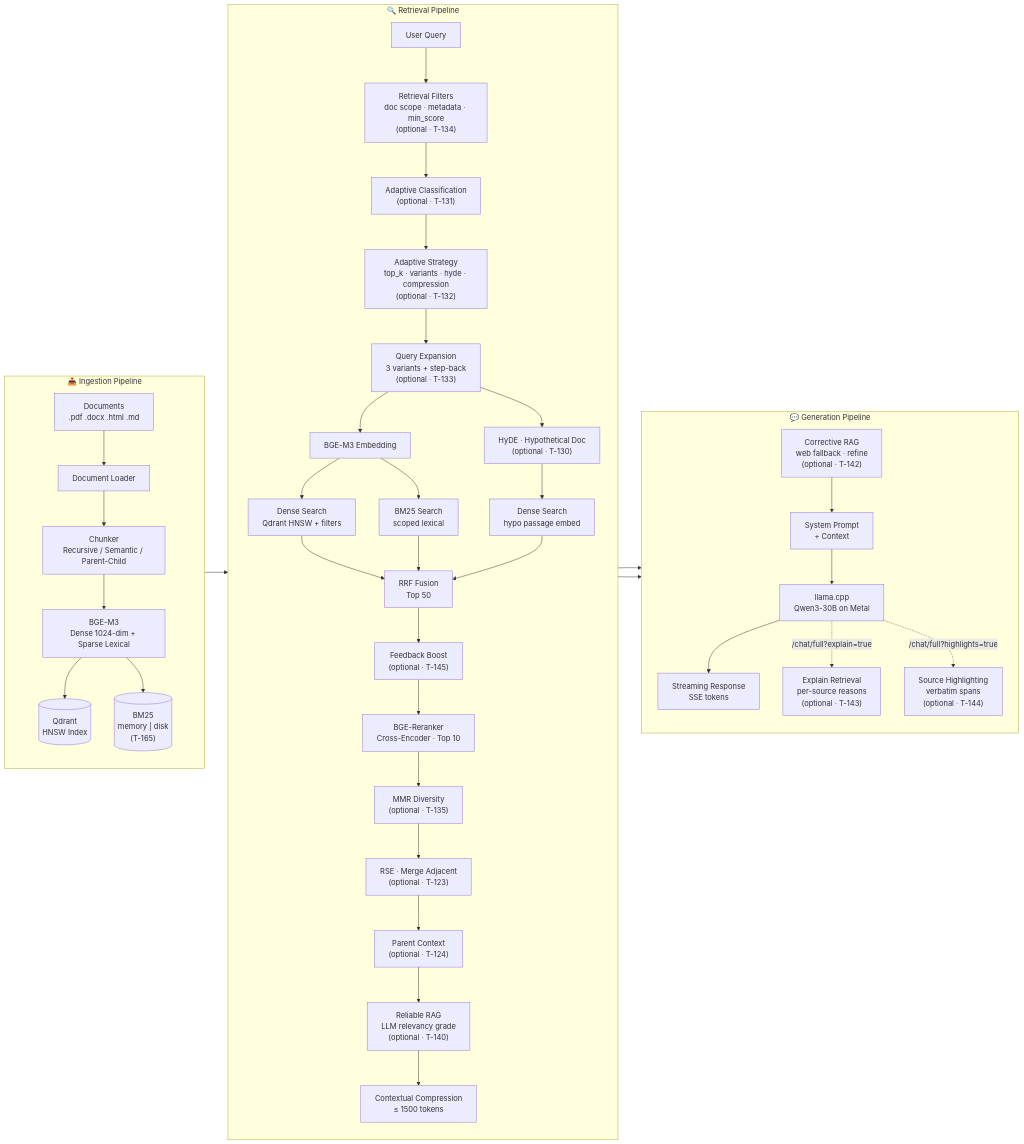
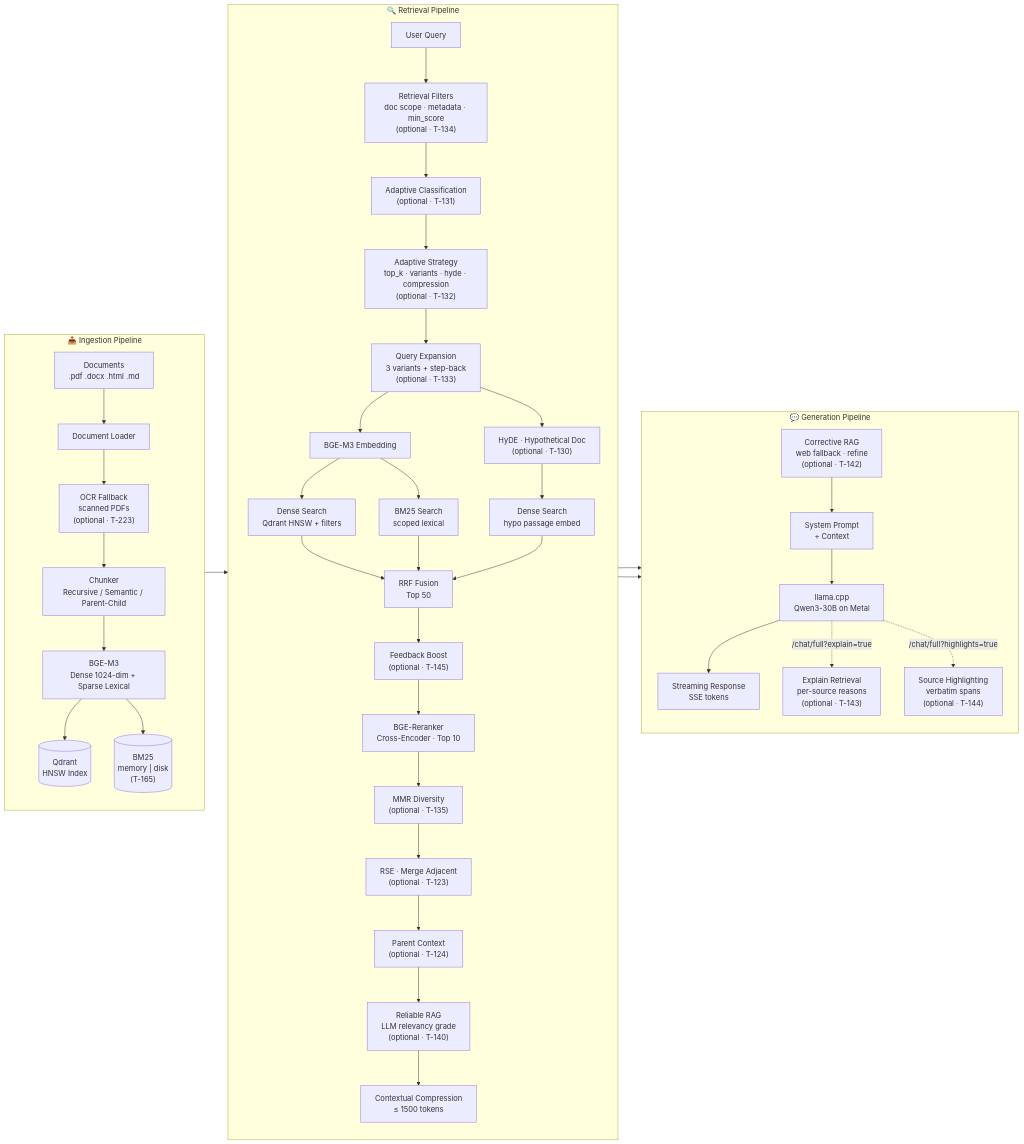
One commit to ealbertoav/rag_platform changed the first of 23 diagrams in README.md. Above: the diagram before and after it, drawn with Mermaid. The commit also changed other lines of this file and 1 other file, not shown here.

First line of the commit message:
Add OCR fallback for scanned PDFs with dual-hash deduplication (T-223):

````diff
--- a/README.md
+++ b/README.md
@@ -112,47 +115,48 @@
 ```mermaid
 flowchart LR
     subgraph INGEST["📥 Ingestion Pipeline"]
         direction TB
         D["Documents<br/>.pdf .docx .html .md"] --> L[Document Loader]
-        L --> C["Chunker<br/>Recursive / Semantic / Parent-Child"]
+        L --> OCR["OCR Fallback<br/>scanned PDFs<br/>(optional · T-223)"]
+        OCR --> C["Chunker<br/>Recursive / Semantic / Parent-Child"]
         C --> E["BGE-M3<br/>Dense 1024-dim + Sparse Lexical"]
         E --> Q[("Qdrant<br/>HNSW Index")]
         E --> B[("BM25<br/>memory | disk<br/>(T-165)")]
     end
 
     subgraph RETRIEVE["🔍 Retrieval Pipeline"]
         direction TB
         QX["User Query"] --> FILT["Retrieval Filters<br/>doc scope · metadata · min_score<br/>(optional · T-134)"]
         FILT --> ADAPT["Adaptive Classification<br/>(optional · T-131)"]
         ADAPT --> STRAT["Adaptive Strategy<br/>top_k · variants · hyde · compression<br/>(optional · T-132)"]
         STRAT --> EXP["Query Expansion<br/>3 variants + step-back<br/>(optional · T-133)"]
         EXP --> EM[BGE-M3 Embedding]
         EXP --> HYDE["HyDE · Hypothetical Doc<br/>(optional · T-130)"]
         HYDE --> DS2["Dense Search<br/>hypo passage embed"]
         EM --> DS["Dense Search<br/>Qdrant HNSW + filters"]
         EM --> BS["BM25 Search<br/>scoped lexical"]
         DS --> RF["RRF Fusion<br/>Top 50"]
         DS2 --> RF
         BS --> RF
         RF --> FB["Feedback Boost<br/>(optional · T-145)"]
         FB --> RR["BGE-Reranker<br/>Cross-Encoder · Top 10"]
         RR --> DIV["MMR Diversity<br/>(optional · T-135)"]
         DIV --> RSE["RSE · Merge Adjacent<br/>(optional · T-123)"]
         RSE --> PC["Parent Context<br/>(optional · T-124)"]
         PC --> RRAG["Reliable RAG<br/>LLM relevancy grade<br/>(optional · T-140)"]
         RRAG --> CC["Contextual Compression<br/>≤ 1500 tokens"]
     end
 
     subgraph GENERATE["💬 Generation Pipeline"]
         direction TB
         CC --> CRAG["Corrective RAG<br/>web fallback · refine<br/>(optional · T-142)"]
         CRAG --> PR["System Prompt<br/>+ Context"]
         PR --> LLM["llama.cpp<br/>Qwen3-30B on Metal"]
         LLM --> SSE["Streaming Response<br/>SSE tokens"]
         LLM -.->|"/chat/full?explain=true"| XPL["Explain Retrieval<br/>per-source reasons<br/>(optional · T-143)"]
         LLM -.->|"/chat/full?highlights=true"| HL["Source Highlighting<br/>verbatim spans<br/>(optional · T-144)"]
     end
 
     INGEST --> RETRIEVE
     RETRIEVE --> GENERATE
 ```
````
